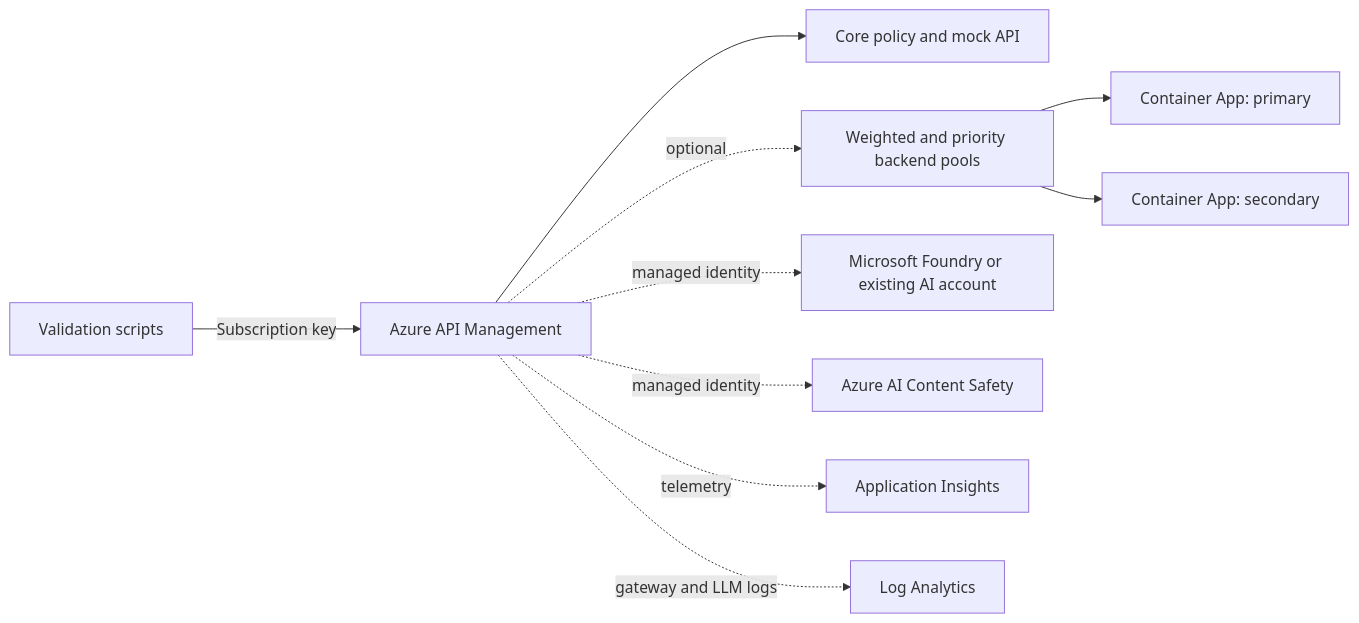
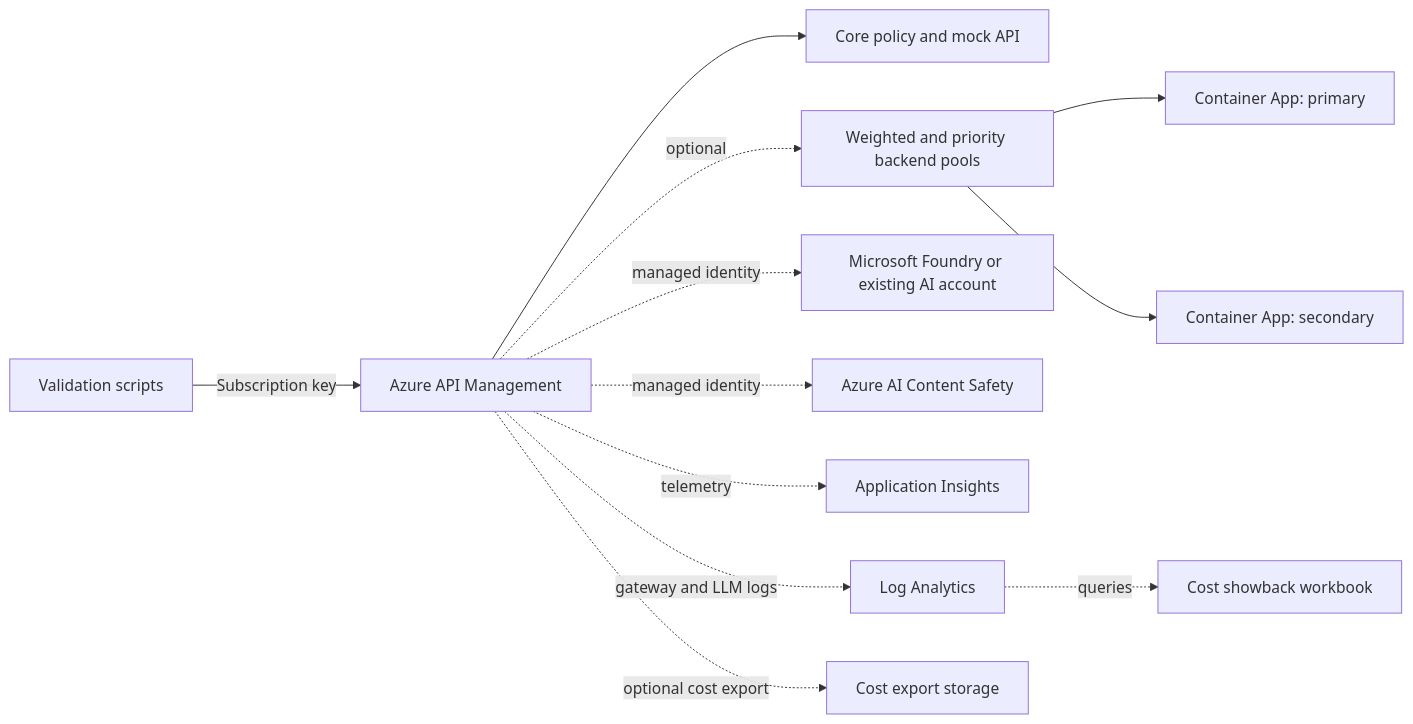
One commit to ks6088ts/template-terraform changed the first of 6 diagrams in infra/scenarios/azure_apim_playground/README.md. Above: the diagram before and after it, drawn with Mermaid. The commit also changed other lines of this file and 32 other files, not shown here.

````diff
--- a/infra/scenarios/azure_apim_playground/README.md
+++ b/infra/scenarios/azure_apim_playground/README.md
@@ -17,12 +17,14 @@
 ```mermaid
 flowchart LR
         Client["Validation scripts"] -->|Subscription key| APIM["Azure API Management"]
         APIM --> Core["Core policy and mock API"]
         APIM -. optional .-> Pool["Weighted and priority backend pools"]
         Pool --> Primary["Container App: primary"]
         Pool --> Secondary["Container App: secondary"]
         APIM -. managed identity .-> AI["Microsoft Foundry or existing AI account"]
         APIM -. managed identity .-> Safety["Azure AI Content Safety"]
         APIM -. telemetry .-> AppInsights["Application Insights"]
         APIM -. gateway and LLM logs .-> LogAnalytics["Log Analytics"]
+        LogAnalytics -. queries .-> Workbook["Cost showback workbook"]
+        APIM -. optional cost export .-> Storage["Cost export storage"]
 ```
````
